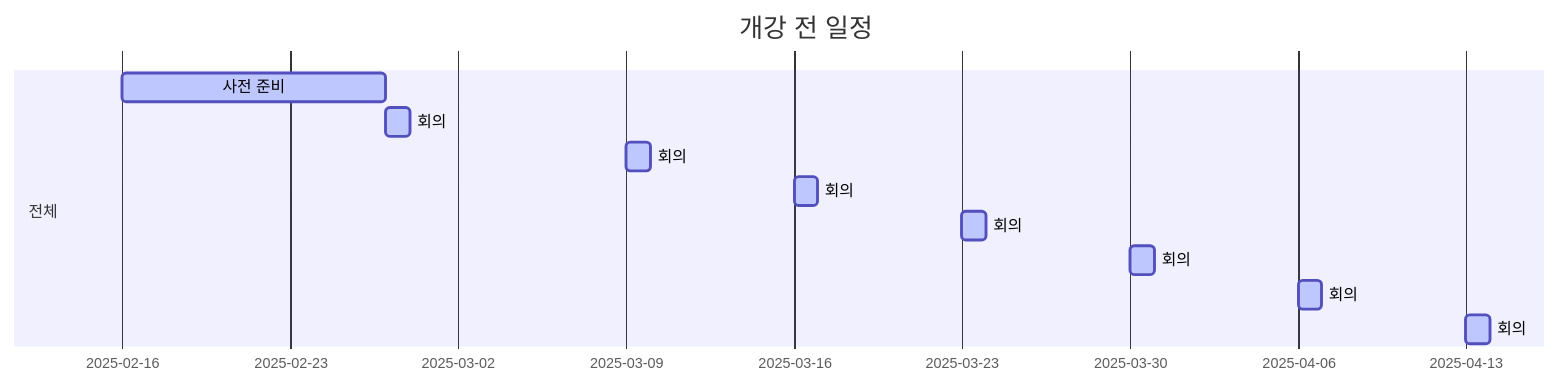
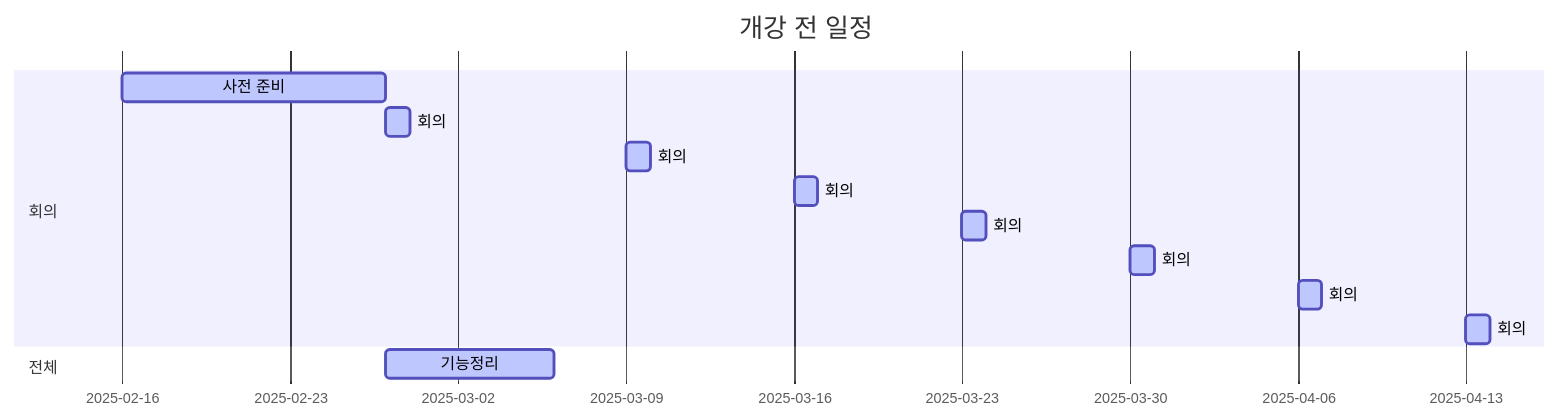
Before and after one commit to Taekwondo1906/taekwon: the diagram in README.md, drawn with Mermaid.

````diff
--- a/README.md
+++ b/README.md
@@ -7,16 +7,22 @@
 ```mermaid
 
 gantt
 title 개강 전 일정
 dateFormat MM-DD
 
-section 전체
+section 회의
 사전 준비:active, 02-16, 11d
 회의:active, 02-27, 1d
 회의:active, 03-09, 1d
 회의:active, 03-16, 1d
 회의:active, 03-23, 1d
 회의:active, 03-30, 1d
 회의:active, 04-06, 1d
 회의:active, 04-13, 1d
+
+section 전체
+기능정리:active, 02-27, 7d
+
+section 개발
+
 ```
````
